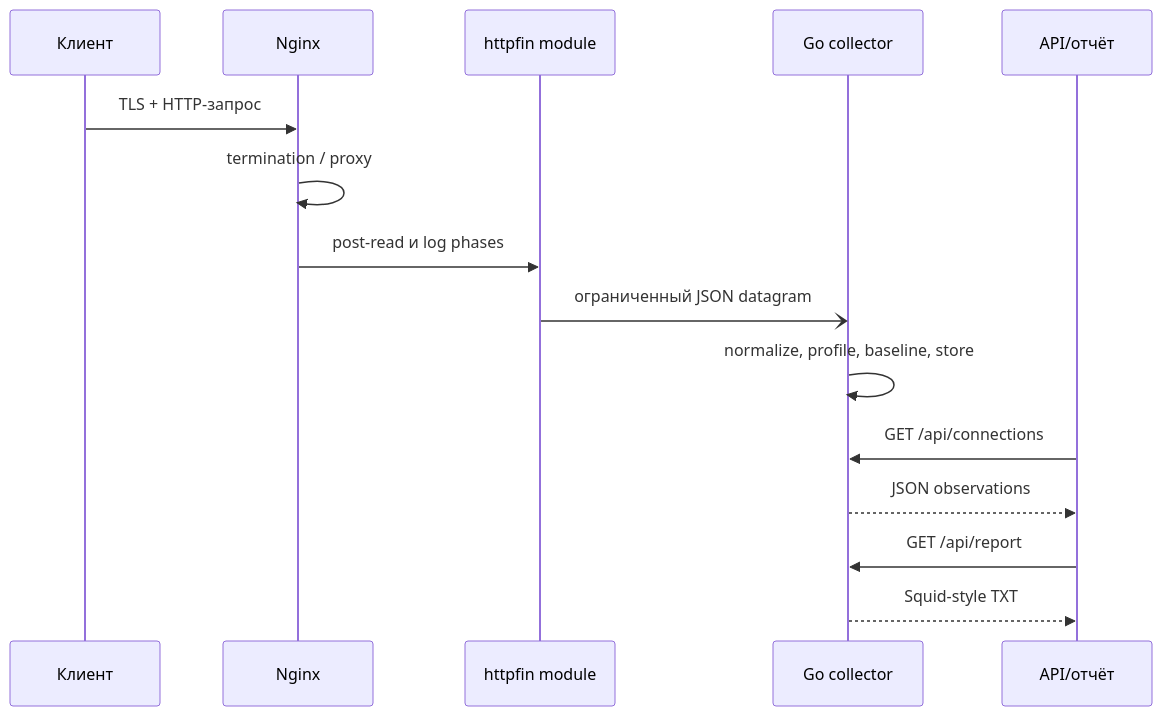
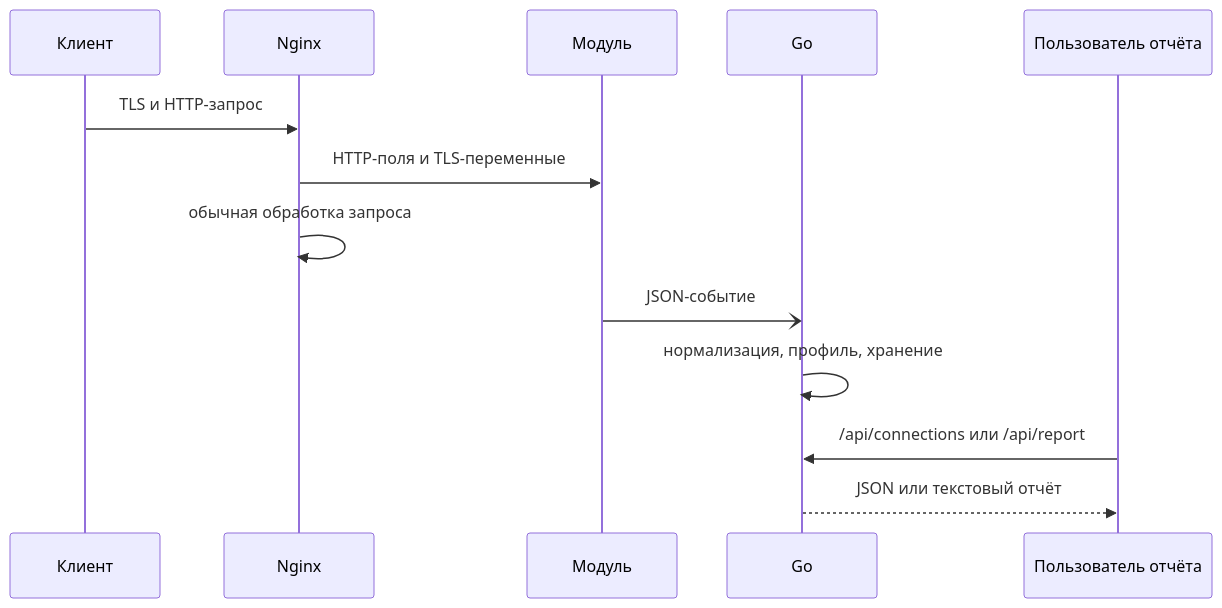
The second of 2 diagrams in docs/ARCHITECTURE.ru.md (rbelshevitz/httpfin), drawn with Mermaid before and after one commit. The commit also changed other lines of this file and 1 other file, not shown here.

Commit message:
Simplify architecture documentation

````diff
--- a/docs/ARCHITECTURE.ru.md
+++ b/docs/ARCHITECTURE.ru.md
@@ -78,18 +86,16 @@
 ```mermaid
 sequenceDiagram
     participant C as Клиент
     participant N as Nginx
-    participant M as httpfin module
-    participant G as Go collector
-    participant R as API/отчёт
+    participant M as Модуль
+    participant G as Go
+    participant U as Пользователь отчёта
 
-    C->>N: TLS + HTTP-запрос
-    N->>N: termination / proxy
-    N->>M: post-read и log phases
-    M-)G: ограниченный JSON datagram
-    G->>G: normalize, profile, baseline, store
-    R->>G: GET /api/connections
-    G-->>R: JSON observations
-    R->>G: GET /api/report
-    G-->>R: Squid-style TXT
+    C->>N: TLS и HTTP-запрос
+    N->>M: HTTP-поля и TLS-переменные
+    N->>N: обычная обработка запроса
+    M-)G: JSON-событие
+    G->>G: нормализация, профиль, хранение
+    U->>G: /api/connections или /api/report
+    G-->>U: JSON или текстовый отчёт
 ```
````
